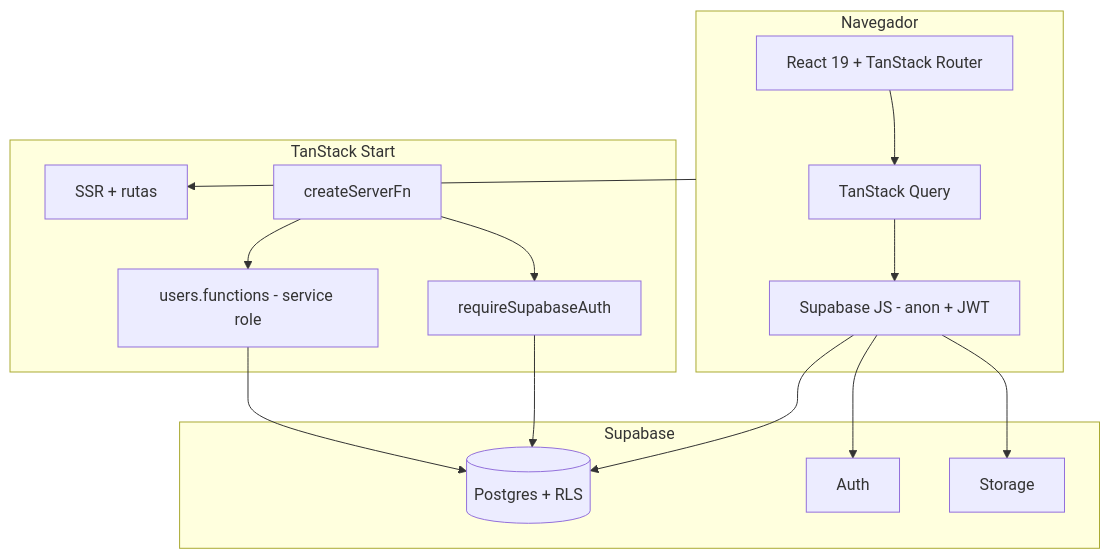
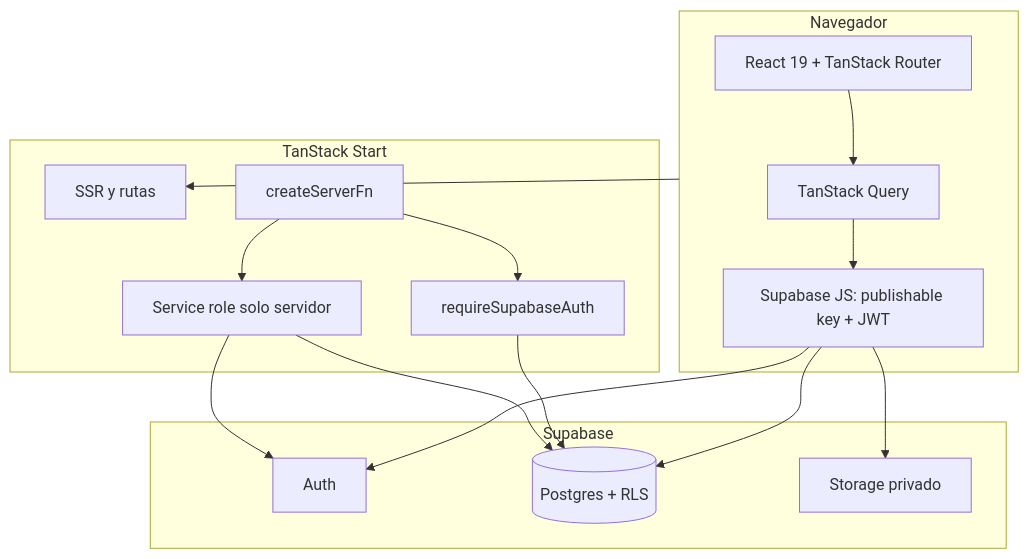
Before and after one commit to monocs16/DigitronApp: the third of 3 diagrams in README.md, drawn with Mermaid. The commit also changed other lines of this file and 1 other file, not shown here.

````diff
--- a/README.md
+++ b/README.md
@@ -200,29 +165,32 @@
 ```mermaid
 flowchart TB
-  subgraph browser [Navegador]
+  subgraph Browser[Navegador]
     UI[React 19 + TanStack Router]
-    RQ[TanStack Query]
-    SB[Supabase JS - anon + JWT]
-    UI --> RQ --> SB
+    Query[TanStack Query]
+    BrowserSB[Supabase JS: publishable key + JWT]
+    UI --> Query --> BrowserSB
   end
 
-  subgraph app_server [TanStack Start]
-    SSR[SSR + rutas]
-    SF[createServerFn]
-    SF --> AuthMW[requireSupabaseAuth]
-    SF --> Admin[users.functions - service role]
+  subgraph App[TanStack Start]
+    SSR[SSR y rutas]
+    Fn[createServerFn]
+    AuthMW[requireSupabaseAuth]
+    Admin[Service role solo servidor]
+    Fn --> AuthMW
+    Fn --> Admin
   end
 
-  subgraph cloud [Supabase]
-    PG[(Postgres + RLS)]
+  subgraph Supabase[Supabase]
     Auth[Auth]
-    St[Storage]
+    DB[(Postgres + RLS)]
+    Storage[Storage privado]
   end
 
-  browser --> SSR
-  SB --> Auth
-  SB --> PG
-  SB --> St
-  AuthMW --> PG
-  Admin --> PG
+  Browser --> SSR
+  BrowserSB --> Auth
+  BrowserSB --> DB
+  BrowserSB --> Storage
+  AuthMW --> DB
+  Admin --> Auth
+  Admin --> DB
 ```
````
